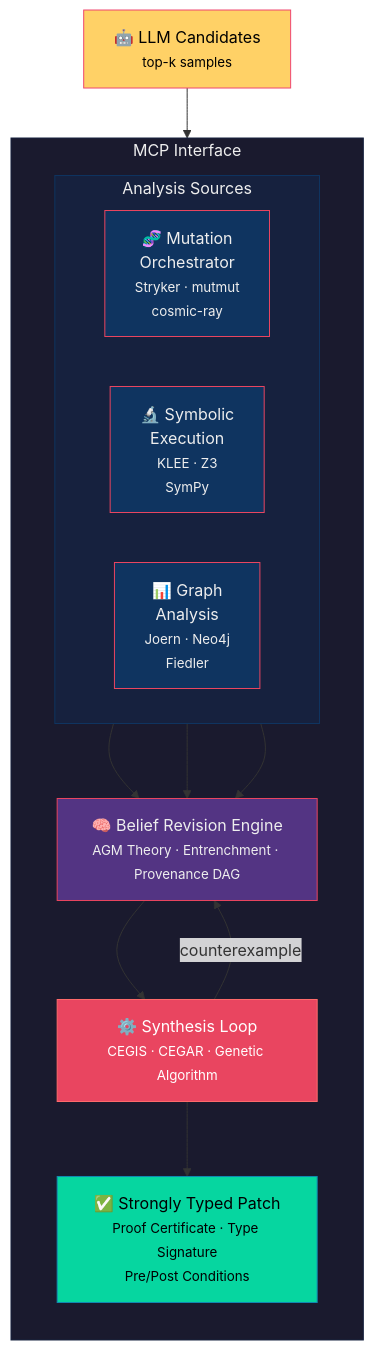
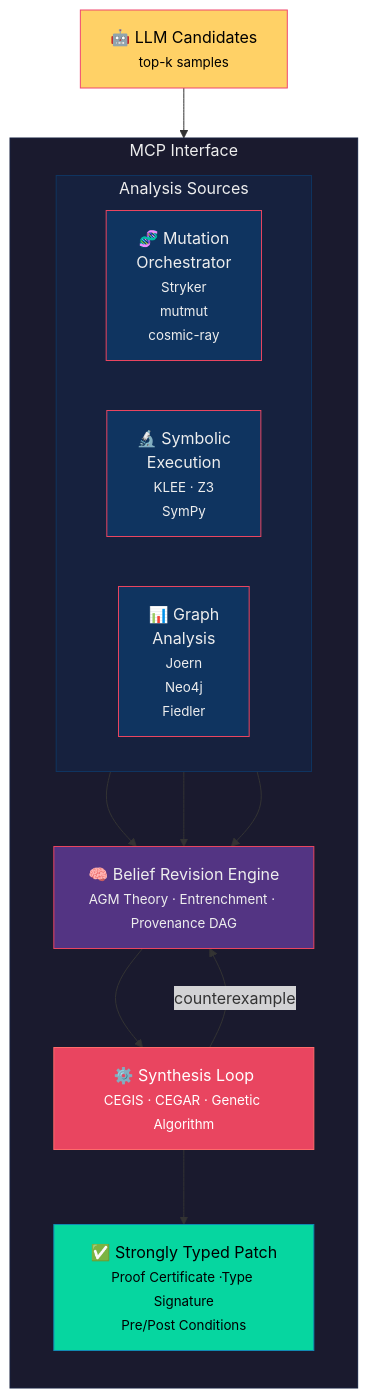
The diagram in README.md (egoughnour/curate-ipsum), drawn with Mermaid before and after one commit.

Commit message:
Fix formatting in README for clarity

````diff
--- a/README.md
+++ b/README.md
@@ -116,41 +116,41 @@
 ```mermaid
 flowchart TB
     subgraph MCP["MCP Interface"]
         direction TB
 
         subgraph Sources["Analysis Sources"]
             direction LR
-            MUT["🧬 Mutation<br/>Orchestrator<br/><small>Stryker · mutmut<br/>cosmic-ray</small>"]
+            MUT["🧬 Mutation<br/>Orchestrator<br/><small>Stryker<br/>mutmut<br/>cosmic-ray</small>"]
             SYM["🔬 Symbolic<br/>Execution<br/><small>KLEE · Z3<br/>SymPy</small>"]
-            GRAPH["📊 Graph<br/>Analysis<br/><small>Joern · Neo4j<br/>Fiedler</small>"]
+            GRAPH["📊 Graph<br/>Analysis<br/><small>Joern<br/>Neo4j<br/>Fiedler</small>"]
         end
 
         MUT --> BRE
         SYM --> BRE
         GRAPH --> BRE
 
         BRE["🧠 Belief Revision Engine<br/><small>AGM Theory · Entrenchment · Provenance DAG</small>"]
 
         BRE --> SYNTH
 
         SYNTH["⚙️ Synthesis Loop<br/><small>CEGIS · CEGAR · Genetic Algorithm</small>"]
 
         SYNTH --> |"counterexample"| BRE
 
         SYNTH --> OUTPUT
 
-        OUTPUT["✅ Strongly Typed Patch<br/><small>Proof Certificate · Type Signature<br/>Pre/Post Conditions</small>"]
+        OUTPUT["✅ Strongly Typed Patch<br/><small>Proof Certificate ·Type Signature<br/>Pre/Post Conditions</small>"]
     end
 
     LLM["🤖 LLM Candidates<br/><small>top-k samples</small>"] --> SYNTH
 
     style MCP fill:#1a1a2e,stroke:#16213e,color:#eee
     style Sources fill:#16213e,stroke:#0f3460,color:#eee
     style MUT fill:#0f3460,stroke:#e94560,color:#eee
     style SYM fill:#0f3460,stroke:#e94560,color:#eee
     style GRAPH fill:#0f3460,stroke:#e94560,color:#eee
     style BRE fill:#533483,stroke:#e94560,color:#eee
     style SYNTH fill:#e94560,stroke:#ff6b6b,color:#fff
     style OUTPUT fill:#06d6a0,stroke:#118ab2,color:#000
     style LLM fill:#ffd166,stroke:#ef476f,color:#000
 ```
````
